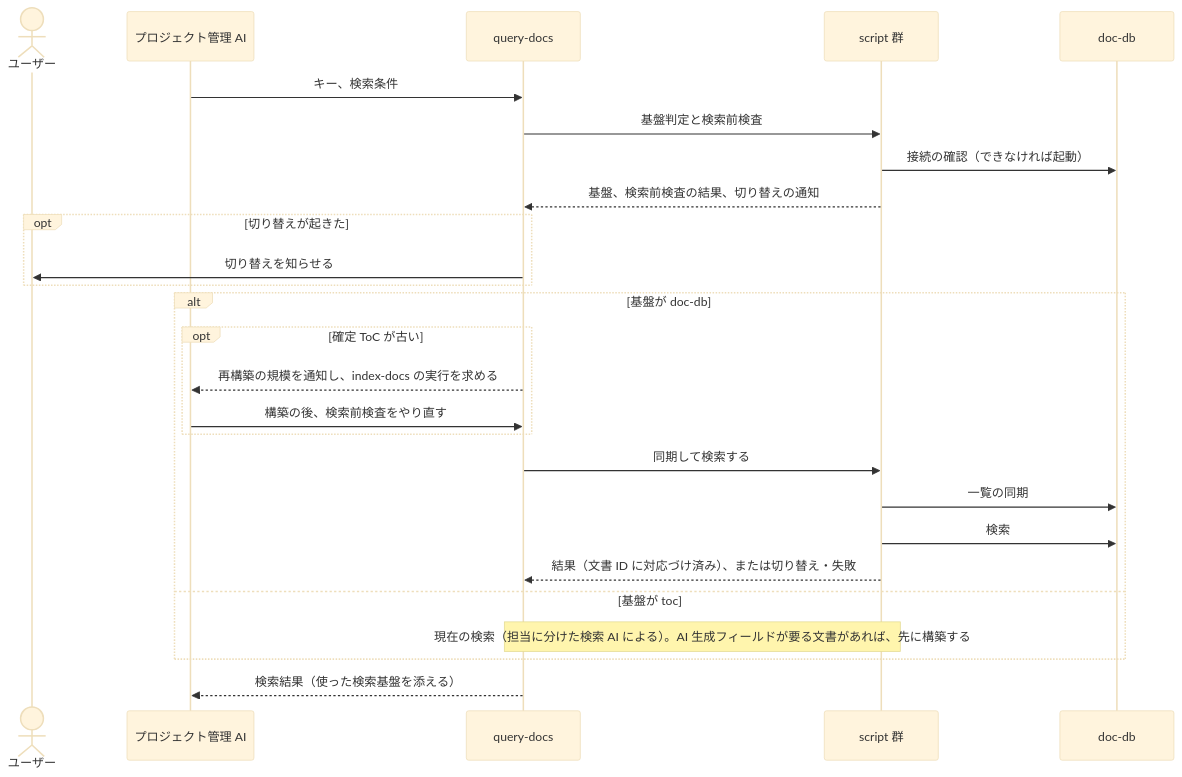
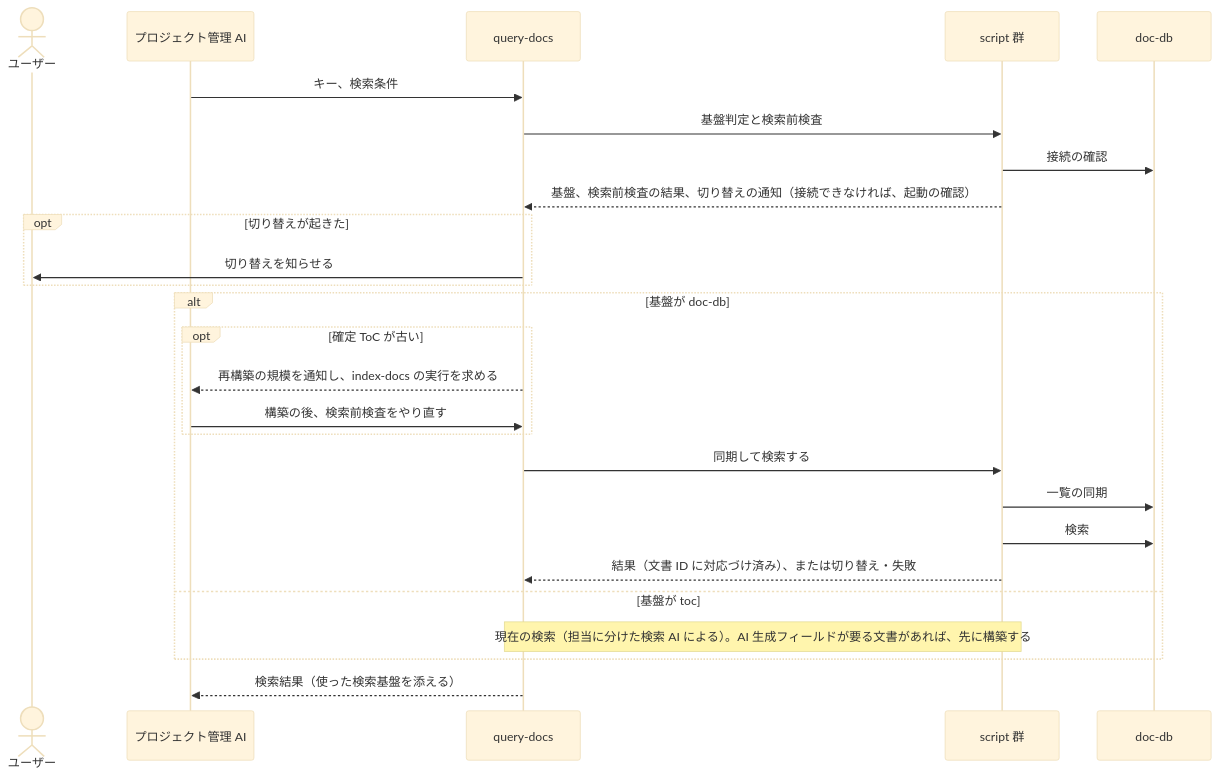
One commit to BlueEventHorizon/doc-link changed the diagram in docs/specs/design/DES-011_backend-switch.md. Above: the diagram before and after it, drawn with Mermaid (base theme). The commit also changed other lines of this file and 17 other files, not shown here.

````diff
--- a/docs/specs/design/DES-011_backend-switch.md
+++ b/docs/specs/design/DES-011_backend-switch.md
@@ -176,29 +186,29 @@
 ```mermaid
 sequenceDiagram
     actor User as ユーザー
     participant PM as プロジェクト管理 AI
     participant Skill as query-docs
     participant Scripts as script 群
     participant Docdb as doc-db
 
     PM->>Skill: キー、検索条件
     Skill->>Scripts: 基盤判定と検索前検査
-    Scripts->>Docdb: 接続の確認（できなければ起動）
-    Scripts-->>Skill: 基盤、検索前検査の結果、切り替えの通知
+    Scripts->>Docdb: 接続の確認
+    Scripts-->>Skill: 基盤、検索前検査の結果、切り替えの通知（接続できなければ、起動の確認）
     opt 切り替えが起きた
         Skill->>User: 切り替えを知らせる
     end
     alt 基盤が doc-db
         opt 確定 ToC が古い
             Skill-->>PM: 再構築の規模を通知し、index-docs の実行を求める
             PM->>Skill: 構築の後、検索前検査をやり直す
         end
         Skill->>Scripts: 同期して検索する
         Scripts->>Docdb: 一覧の同期
         Scripts->>Docdb: 検索
         Scripts-->>Skill: 結果（文書 ID に対応づけ済み）、または切り替え・失敗
     else 基盤が toc
         Note over Skill,Scripts: 現在の検索（担当に分けた検索 AI による）。AI 生成フィールドが要る文書があれば、先に構築する
     end
     Skill-->>PM: 検索結果（使った検索基盤を添える）
 ```
````
